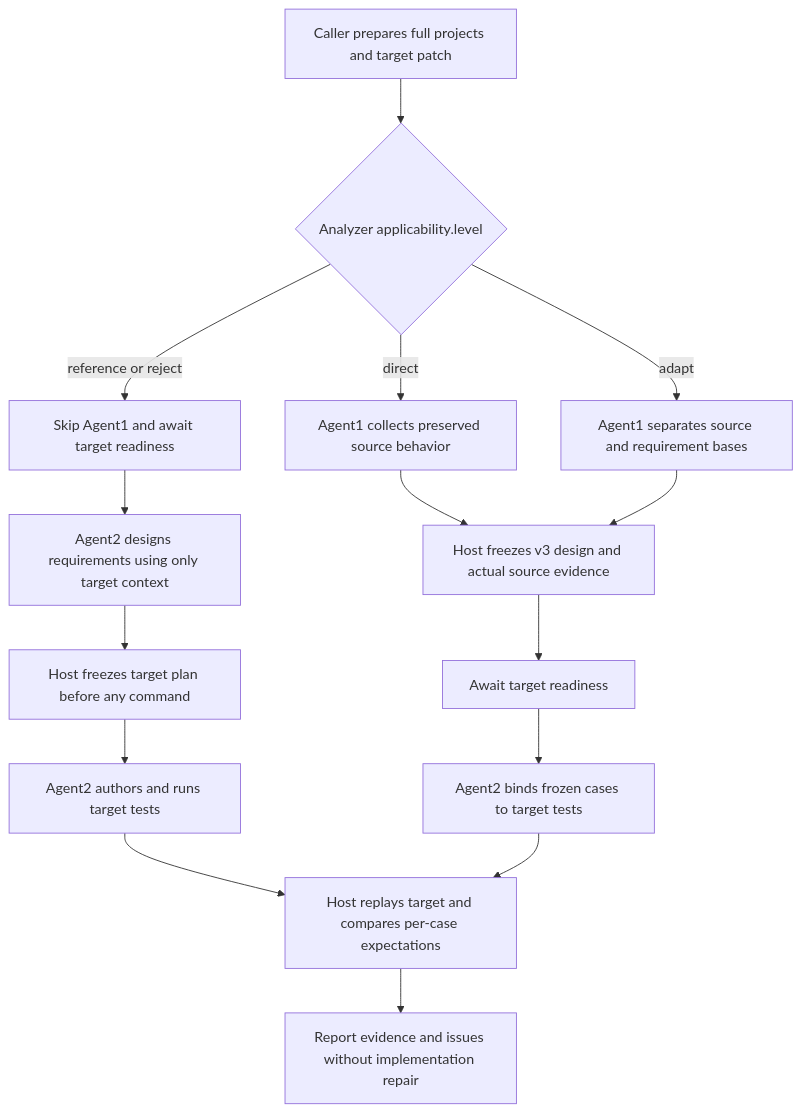
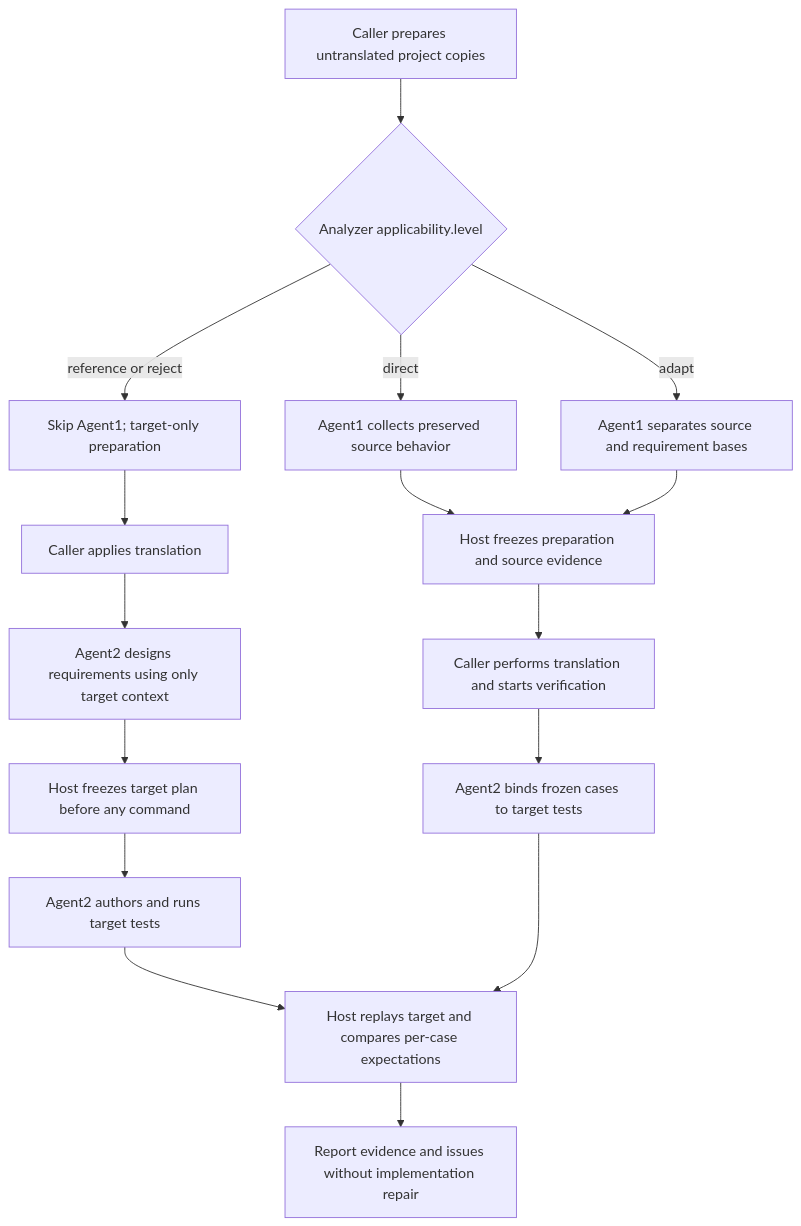
Before and after one commit to interfuckjuve/weichai: the diagram in services/translation-verifier/e2e/README.md, drawn with Mermaid. The commit also changed other lines of this file and 3 other files, not shown here.

````diff
--- a/services/translation-verifier/e2e/README.md
+++ b/services/translation-verifier/e2e/README.md
@@ -151,17 +153,18 @@
 ```mermaid
 flowchart TD
-  A[Caller prepares full projects and target patch] --> B{Analyzer applicability.level}
+  A[Caller prepares untranslated project copies] --> B{Analyzer applicability.level}
   B -->|direct| C[Agent1 collects preserved source behavior]
   B -->|adapt| D[Agent1 separates source and requirement bases]
-  B -->|reference or reject| E[Skip Agent1 and await target readiness]
-  C --> F[Host freezes v3 design and actual source evidence]
+  B -->|reference or reject| E[Skip Agent1; target-only preparation]
+  C --> F[Host freezes preparation and source evidence]
   D --> F
-  F --> G[Await target readiness]
+  F --> G[Caller performs translation and starts verification]
   G --> H[Agent2 binds frozen cases to target tests]
-  E --> K[Agent2 designs requirements using only target context]
+  E --> T[Caller applies translation]
+  T --> K[Agent2 designs requirements using only target context]
   K --> L[Host freezes target plan before any command]
   L --> M[Agent2 authors and runs target tests]
   M --> I[Host replays target and compares per-case expectations]
   H --> I
   I --> J[Report evidence and issues without implementation repair]
 ```
````
